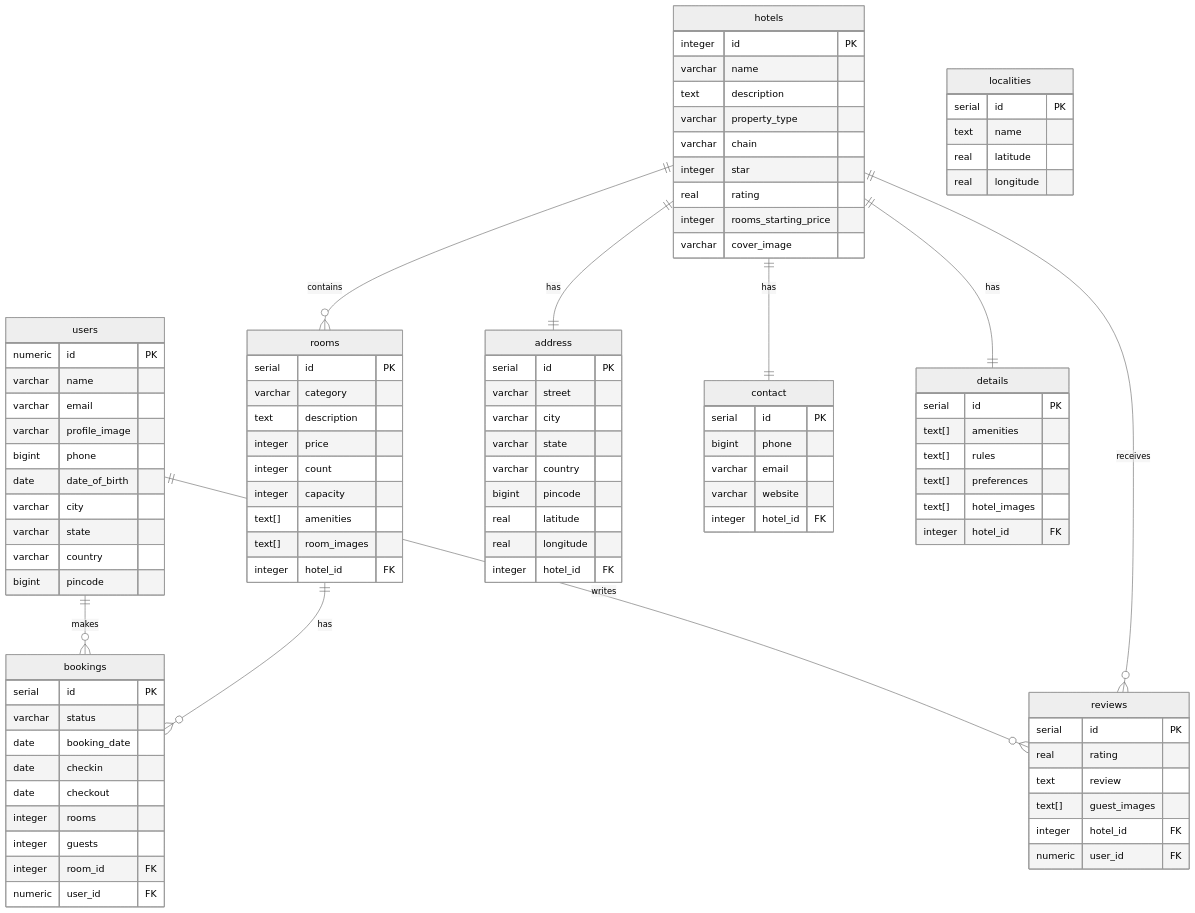
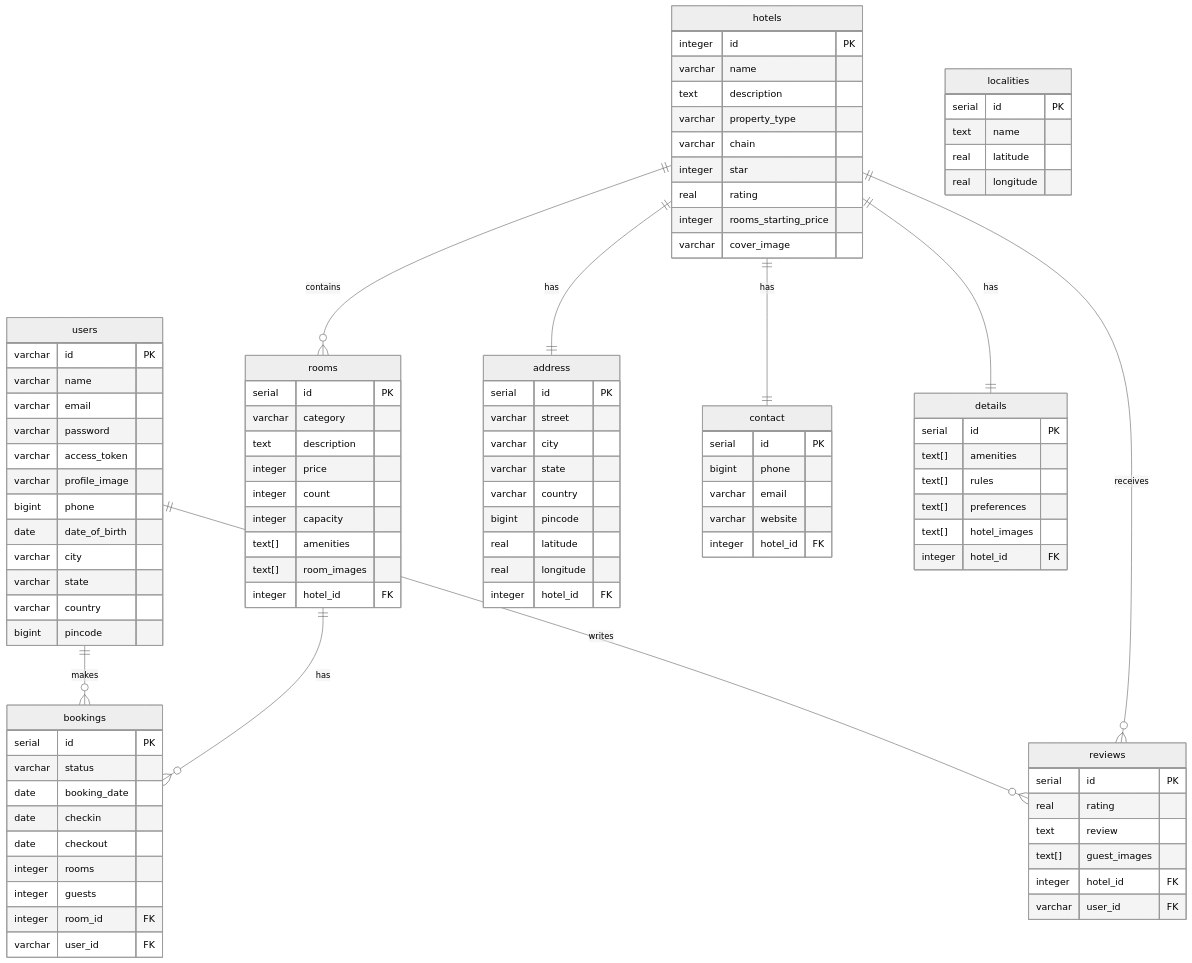
The diagram in README.MD (G1Joshi/Booking-App), drawn with Mermaid (neutral theme) before and after one commit. The commit also changed other lines of this file, not shown here.

```diff
--- a/README.MD
+++ b/README.MD
@@ -157,9 +156,11 @@
     rooms ||--o{ bookings : has
 
     users {
-        numeric id PK
+        varchar id PK
         varchar name
         varchar email
+        varchar password
+        varchar access_token
         varchar profile_image
         bigint phone
         date date_of_birth
@@ -231,7 +232,7 @@
         integer rooms
         integer guests
         integer room_id FK
-        numeric user_id FK
+        varchar user_id FK
     }
 
     reviews {
@@ -240,7 +241,7 @@
         text review
         text[] guest_images
         integer hotel_id FK
-        numeric user_id FK
+        varchar user_id FK
     }
 
     localities {
```
